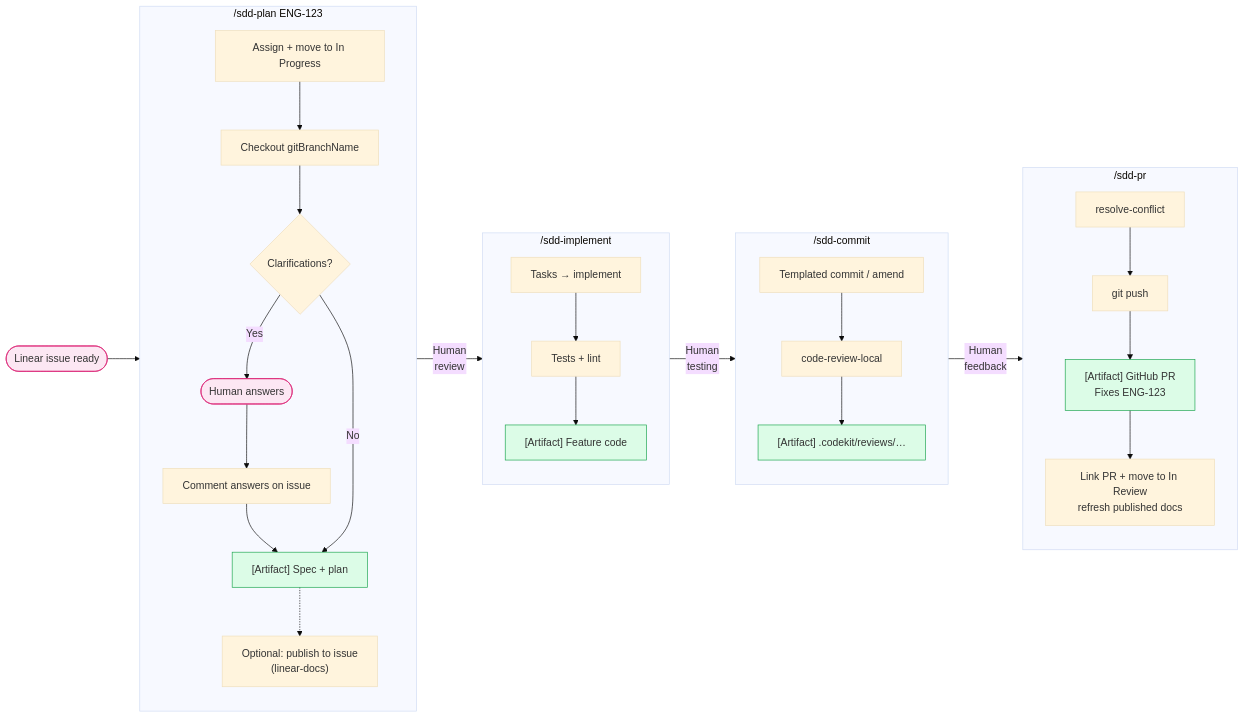
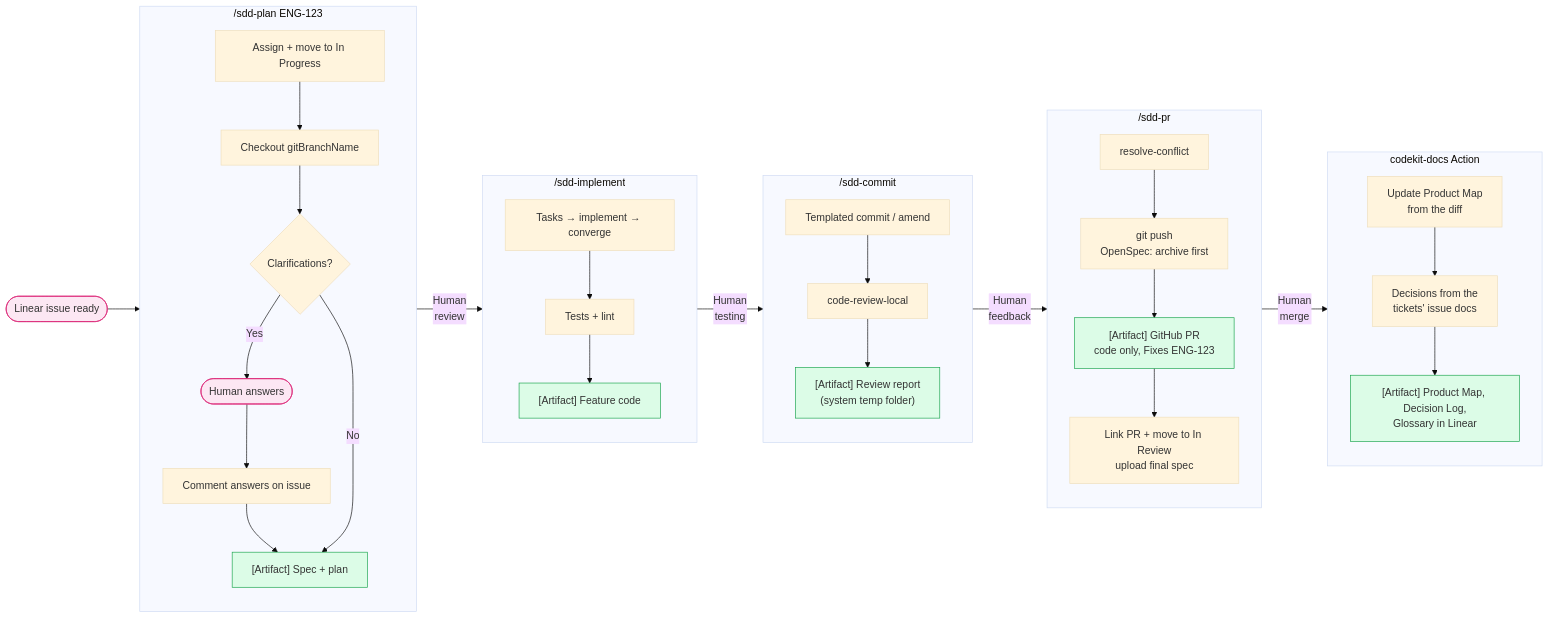
Before and after one commit to TheLampshady/codekit: the first of 5 diagrams in docs/USAGE_FLOW.md, drawn with Mermaid (base theme). The commit also changed other lines of this file and 25 other files, not shown here.

First line of the commit message:
[TASK] :: Keep specs in Linear and add product docs for PMs

````diff
--- a/docs/USAGE_FLOW.md
+++ b/docs/USAGE_FLOW.md
@@ -5,47 +5,55 @@
 ```mermaid
 flowchart LR
     Start([Linear issue ready]) --> plan
 
     subgraph plan ["/sdd-plan ENG-123"]
         direction TB
         Pick[Assign + move to In Progress] --> Branch[Checkout gitBranchName]
         Branch --> Clarify{Clarifications?}
         Clarify -- Yes --> Ask([Human answers])
         Ask --> Comment[Comment answers on issue]
         Comment --> Spec["[Artifact] Spec + plan"]
         Clarify -- No --> Spec
-        Spec -.-> Docs["Optional: publish to issue<br/>(linear-docs)"]
     end
 
     plan -- "Human<br/>review" --> impl
 
     subgraph impl ["/sdd-implement"]
         direction TB
-        Tasks[Tasks → implement] --> Validate[Tests + lint]
+        Tasks[Tasks → implement → converge] --> Validate[Tests + lint]
         Validate --> Code["[Artifact] Feature code"]
     end
 
     impl -- "Human<br/>testing" --> commit
 
     subgraph commit ["/sdd-commit"]
         direction TB
         Commit[Templated commit / amend] --> Review[code-review-local]
-        Review --> Report["[Artifact] .codekit/reviews/…"]
+        Review --> Report["[Artifact] Review report<br/>(system temp folder)"]
     end
 
     commit -- "Human<br/>feedback" --> pr
 
     subgraph pr ["/sdd-pr"]
         direction TB
-        Rebase[resolve-conflict] --> Push[git push]
-        Push --> PR["[Artifact] GitHub PR<br/>Fixes ENG-123"]
-        PR --> Linear[Link PR + move to In Review<br/>refresh published docs]
+        Rebase[resolve-conflict] --> Push[git push<br/>OpenSpec: archive first]
+        Push --> PR["[Artifact] GitHub PR<br/>code only, Fixes ENG-123"]
+        PR --> Linear[Link PR + move to In Review<br/>upload final spec]
+    end
+
+    pr -- "Human<br/>merge" --> action
+
+    subgraph action ["codekit-docs Action"]
+        direction TB
+        Map[Update Product Map<br/>from the diff] --> Log[Decisions from the<br/>tickets' issue docs]
+        Log --> LDocs["[Artifact] Product Map, Decision Log,<br/>Glossary in Linear"]
     end
 
     style Start fill:#fce7f3,stroke:#db2777
     style Ask fill:#fce7f3,stroke:#db2777
     style Spec fill:#dcfce7,stroke:#16a34a
     style Code fill:#dcfce7,stroke:#16a34a
     style Report fill:#dcfce7,stroke:#16a34a
     style PR fill:#dcfce7,stroke:#16a34a
+    style LDocs fill:#dcfce7,stroke:#16a34a
 ```
````
